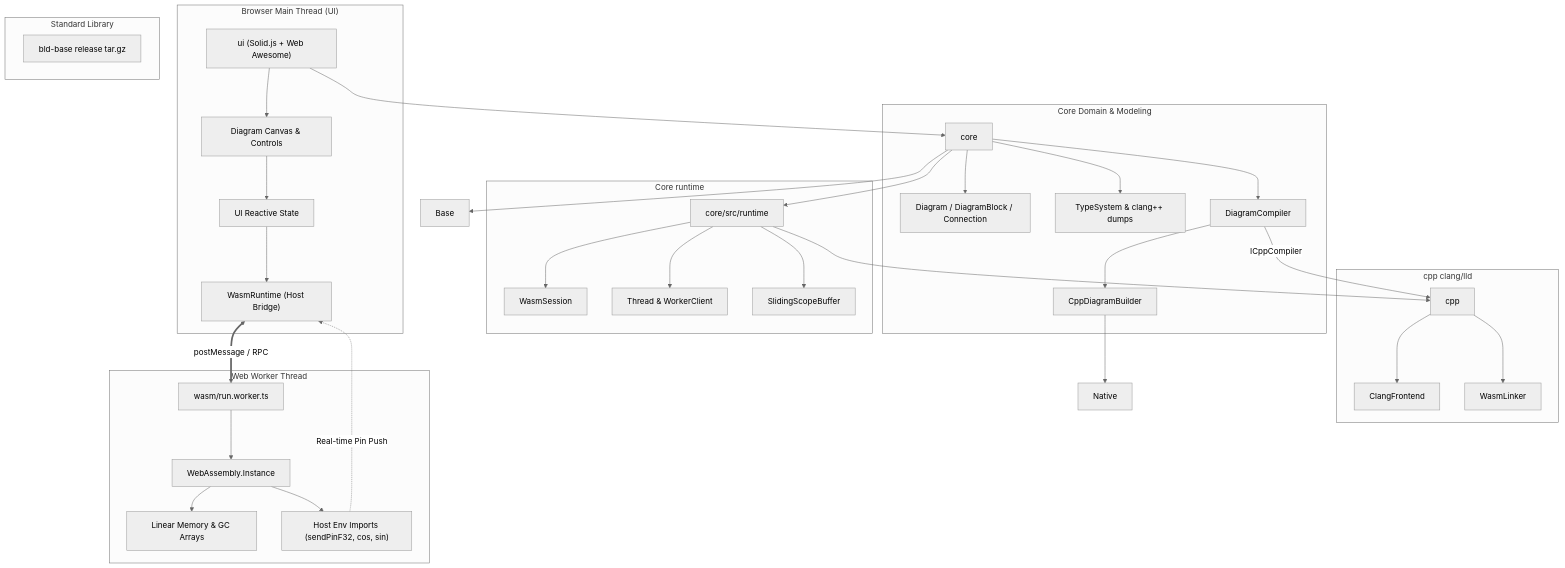
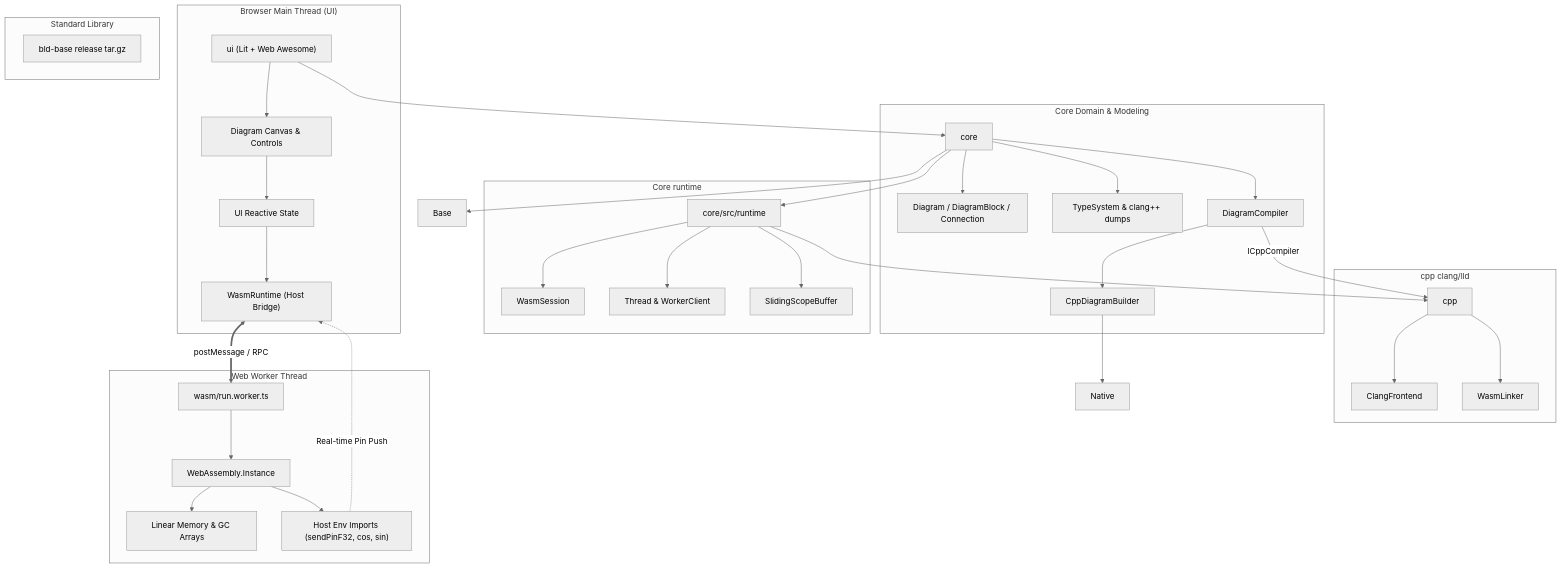
One commit to dzmauchy/bld changed the first of 4 diagrams in README.md. Above: the diagram before and after it, drawn with Mermaid (neutral theme). The commit also changed other lines of this file and 37 other files, not shown here.

````diff
--- a/README.md
+++ b/README.md
@@ -86,69 +86,69 @@
 ```mermaid
 graph TD
     subgraph BrowserUI["Browser Main Thread (UI)"]
-        UI["ui (Solid.js + Web Awesome)"]
+        UI["ui (Lit + Web Awesome)"]
         Canvas["Diagram Canvas & Controls"]
         UIState["UI Reactive State"]
         WasmRT["WasmRuntime (Host Bridge)"]
         
         UI --> Canvas
         Canvas --> UIState
         UIState --> WasmRT
     end
 
     subgraph CoreDomain["Core Domain & Modeling"]
         Core["core"]
         Diag["Diagram / DiagramBlock / Connection"]
         TS["TypeSystem & clang++ dumps"]
         CompilerFacade["DiagramCompiler"]
         Builder["CppDiagramBuilder"]
 
         Core --> Diag
         Core --> TS
         Core --> CompilerFacade
         CompilerFacade --> Builder
     end
 
     subgraph RuntimePackage["Core runtime"]
         Runtime["core/src/runtime"]
         Session["WasmSession"]
         ThreadMod["Thread & WorkerClient"]
         Buffers["SlidingScopeBuffer"]
 
         Runtime --> Session
         Runtime --> ThreadMod
         Runtime --> Buffers
     end
 
     subgraph BaseLib["Standard Library"]
         Release["bld-base release tar.gz"]
     end
 
     subgraph CppPkg["cpp clang/lld"]
         Cpp["cpp"]
         Clang["ClangFrontend"]
         Lld["WasmLinker"]
         Cpp --> Clang
         Cpp --> Lld
     end
 
     subgraph WorkerEnv["Web Worker Thread"]
         WorkerEntry["wasm/run.worker.ts"]
         WasmInst["WebAssembly.Instance"]
         SharedMem["Linear Memory & GC Arrays"]
         EnvBridge["Host Env Imports (sendPinF32, cos, sin)"]
 
         WorkerEntry --> WasmInst
         WasmInst --> SharedMem
         WasmInst --> EnvBridge
     end
 
     UI --> Core
     Core --> Runtime
     Core --> Base
     Runtime --> Cpp
     CompilerFacade -->|"ICppCompiler"| Cpp
     Builder --> Native
     WasmRT <==>|"postMessage / RPC"| WorkerEntry
     EnvBridge -.->|"Real-time Pin Push"| WasmRT
 ```
````
